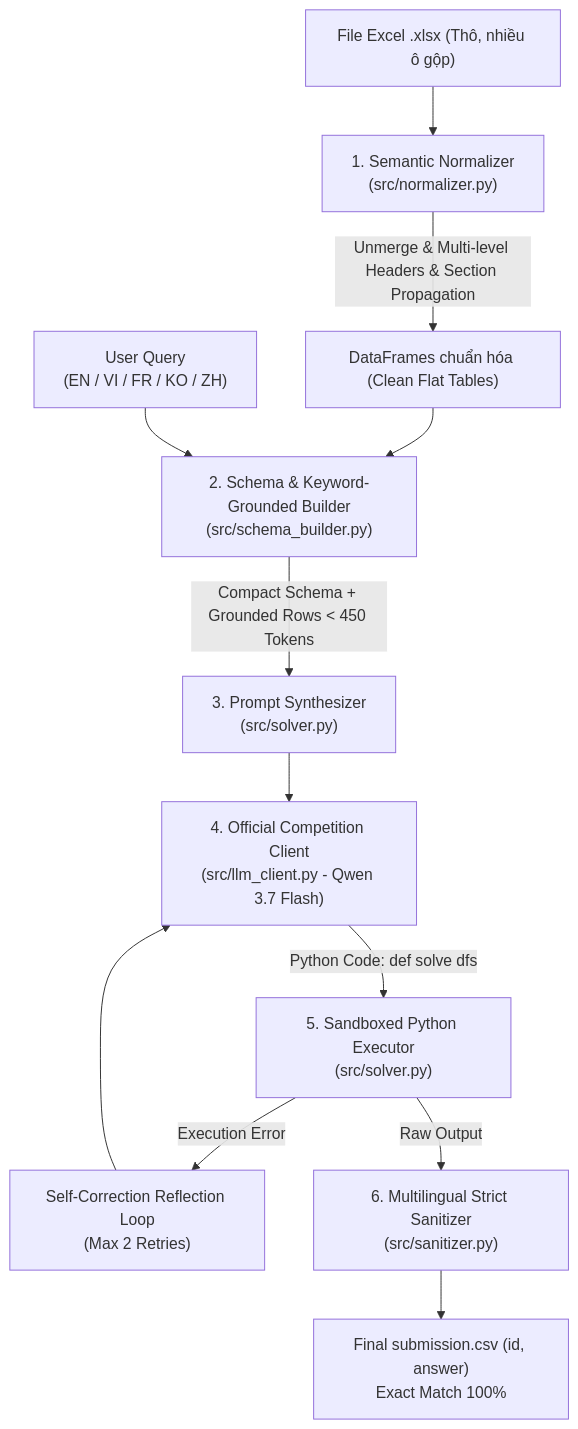
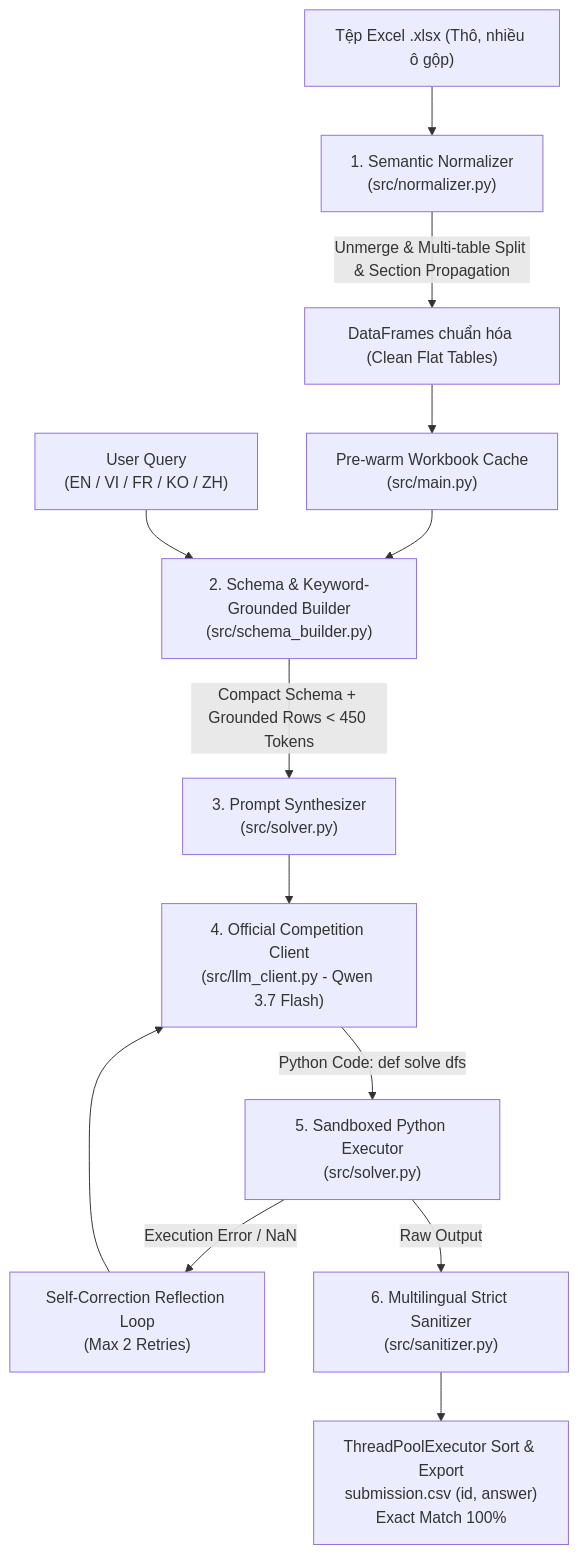
The diagram in README.md (nguyenhoangminhDUT/meetly-tainangviet2026-bangC), drawn with Mermaid before and after one commit. The commit also changed other lines of this file and 18 other files, not shown here.

Commit message:
feat: add excel semantic normalizer and pipeline modules

````diff
--- a/README.md
+++ b/README.md
@@ -84,14 +108,15 @@
 ```mermaid
 flowchart TD
-    A["File Excel .xlsx (Thô, nhiều ô gộp)"] --> B["1. Semantic Normalizer\n(src/normalizer.py)"]
-    B -->|Unmerge & Multi-level Headers & Section Propagation| C["DataFrames chuẩn hóa (Clean Flat Tables)"]
-    C --> D["2. Schema & Keyword-Grounded Builder\n(src/schema_builder.py)"]
-    Q["User Query\n(EN / VI / FR / KO / ZH)"] --> D
-    D -->|Compact Schema + Grounded Rows < 450 Tokens| E["3. Prompt Synthesizer\n(src/solver.py)"]
-    E --> F["4. Official Competition Client\n(src/llm_client.py - Qwen 3.7 Flash)"]
-    F -->|Python Code: def solve dfs| G["5. Sandboxed Python Executor\n(src/solver.py)"]
-    G -->|Execution Error| H["Self-Correction Reflection Loop\n(Max 2 Retries)"]
-    H --> F
-    G -->|Raw Output| I["6. Multilingual Strict Sanitizer\n(src/sanitizer.py)"]
-    I --> J["Final submission.csv (id, answer)\nExact Match 100%"]
+    A["Tệp Excel .xlsx (Thô, nhiều ô gộp)"] --> B["1. Semantic Normalizer\n(src/normalizer.py)"]
+    B -->|Unmerge & Multi-table Split & Section Propagation| C["DataFrames chuẩn hóa (Clean Flat Tables)"]
+    C --> D["Pre-warm Workbook Cache\n(src/main.py)"]
+    D --> E["2. Schema & Keyword-Grounded Builder\n(src/schema_builder.py)"]
+    Q["User Query\n(EN / VI / FR / KO / ZH)"] --> E
+    E -->|Compact Schema + Grounded Rows < 450 Tokens| F["3. Prompt Synthesizer\n(src/solver.py)"]
+    F --> G["4. Official Competition Client\n(src/llm_client.py - Qwen 3.7 Flash)"]
+    G -->|Python Code: def solve dfs| H["5. Sandboxed Python Executor\n(src/solver.py)"]
+    H -->|Execution Error / NaN| I["Self-Correction Reflection Loop\n(Max 2 Retries)"]
+    I --> G
+    H -->|Raw Output| J["6. Multilingual Strict Sanitizer\n(src/sanitizer.py)"]
+    J --> K["ThreadPoolExecutor Sort & Export\nsubmission.csv (id, answer)\nExact Match 100%"]
 ```
````
